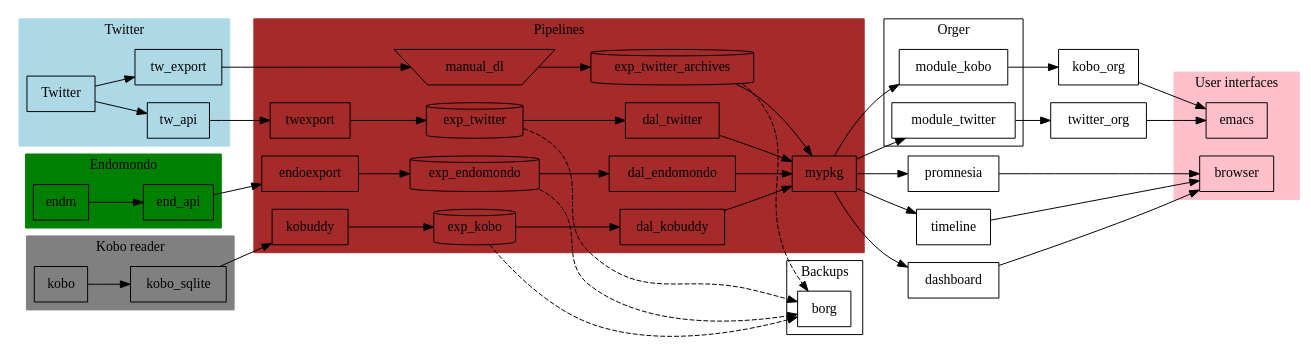
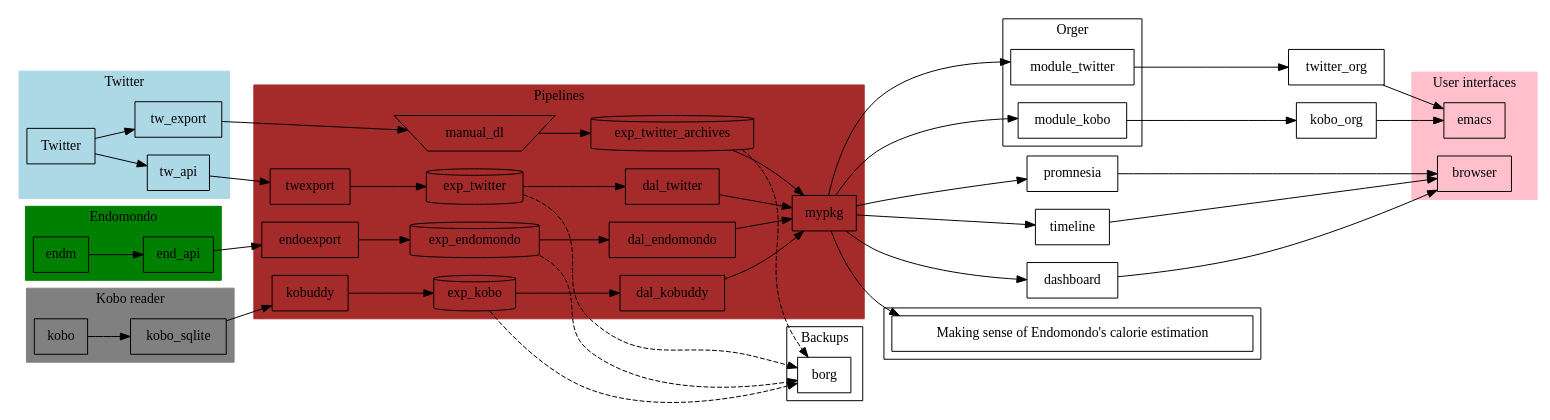
The diagram in infra.dot (karlicoss/myinfra), drawn with Graphviz before and after one commit.

Commit message:
start adding blog entries on diagram

```diff
--- a/infra.dot
+++ b/infra.dot
@@ -1,139 +1,149 @@
 # http://www.graphviz.org/content/cluster
 
 digraph G {
   node [shape="box"];
   rankdir="LR";
 
 
 subgraph cluster_twittercom {
 	label="Twitter";
 	style=filled;
 	color=lightblue;
 	// node [style=filled,color=white];
 
   tw [label = "Twitter"];
   tw_export;
   tw_api;
 	// a0 -> a1 -> a2 -> a3;
 }
 tw -> tw_api;
 tw -> tw_export;
 
 subgraph cluster_endomondo {
 	label="Endomondo";
   style=filled;
   color=green;
   endm;
   end_api;
 	// node [style=filled];
 	// b0 -> b1 -> b2 -> b3;
 }
 endm -> end_api;
 
 # TODO indicate frequencies?
 
 subgraph cluster_kobo {
   label="Kobo reader";
   style=filled;
   color=gray;
   kobo;
   kobo -> kobo_sqlite;
 }
 
 
 subgraph exports {
   node [shape=cylinder];
 
   exp_kobo;
   exp_twitter_archives;
   exp_twitter;
   exp_endomondo;
 }
 
 
 
 subgraph cluster_pipelines {
   label="Pipelines";
   style=filled;
   color=brown;
 
   twexport;
   endoexport;
 
   manual_dl[shape=invtrapezium];
 
   tw_export   -> manual_dl  -> exp_twitter_archives;
   tw_api      -> twexport   -> exp_twitter;
   end_api     -> endoexport -> exp_endomondo;
   kobo_sqlite -> kobuddy    -> exp_kobo;
 
   exp_twitter_archives           -> mypkg;
   exp_twitter   -> dal_twitter   -> mypkg;
   exp_endomondo -> dal_endomondo -> mypkg;
   exp_kobo      -> dal_kobuddy   -> mypkg;
 
 }
 
 # TODO distinguish manual and automatic nodes?
 # TODO instead have twexport on edges? ultimately not that much difference..
 
 # TODO position borg above
 
 # TODO svg output with links
 subgraph cluster_backups {
   label="Backups";
   borg;
 
   exp_kobo             -> borg [style=dashed];
   exp_twitter_archives -> borg [style=dashed];
   exp_twitter          -> borg [style=dashed];
   exp_endomondo        -> borg [style=dashed];
 }
 
 # TODO mark edges that use cachew?
 
 subgraph cluster_orger {
   label=Orger;
   module_twitter;
   module_kobo;
 }
 mypkg -> module_twitter;
 mypkg -> module_kobo;
 
 module_twitter -> twitter_org;
 module_kobo    -> kobo_org;
 
 # TODO cloudmacs?
 # TODO arctee
+# TODO link some of my blog posts? E.g. ones using endomondo
+
+
 
 subgraph cluster_ui {
   label="User interfaces";
   style=filled;
   color=pink;
 
   emacs;
   browser;
 }
 
 mypkg -> timeline;
 mypkg -> dashboard;
 mypkg -> promnesia;
 
 
 promnesia -> browser;
 timeline  -> browser;
 dashboard -> browser;
 
 
 kobo_org    -> emacs;
 twitter_org -> emacs;
 
+# TODO I guess it's nice to mention where I mention certain bits of infrastructure?
 
-// a1 -> b3;
-// b2 -> a3;
-// a3 -> a0;
-// a3 -> end;
-// b3 -> end;
+# TODO style blog posts differently?
+# TODO position below all
 
-// end [shape=Mdiamond];
+subgraph cluster_blog {
+  hb_kcals [
+    label="Making sense of Endomondo's calorie estimation";
+    URL="https://beepb00p.xyz/heartbeats_vs_kcals.html";
+  ];
 }
+
+mypkg -> hb_kcals;
+// 
+
+}
```
